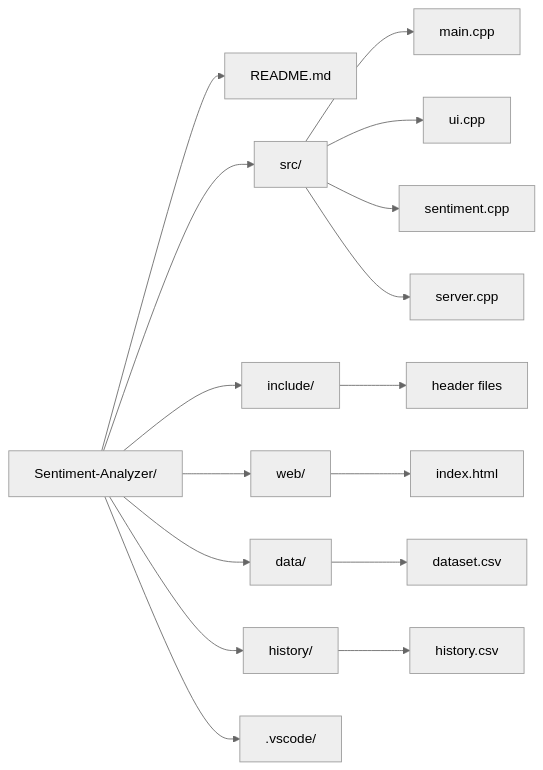
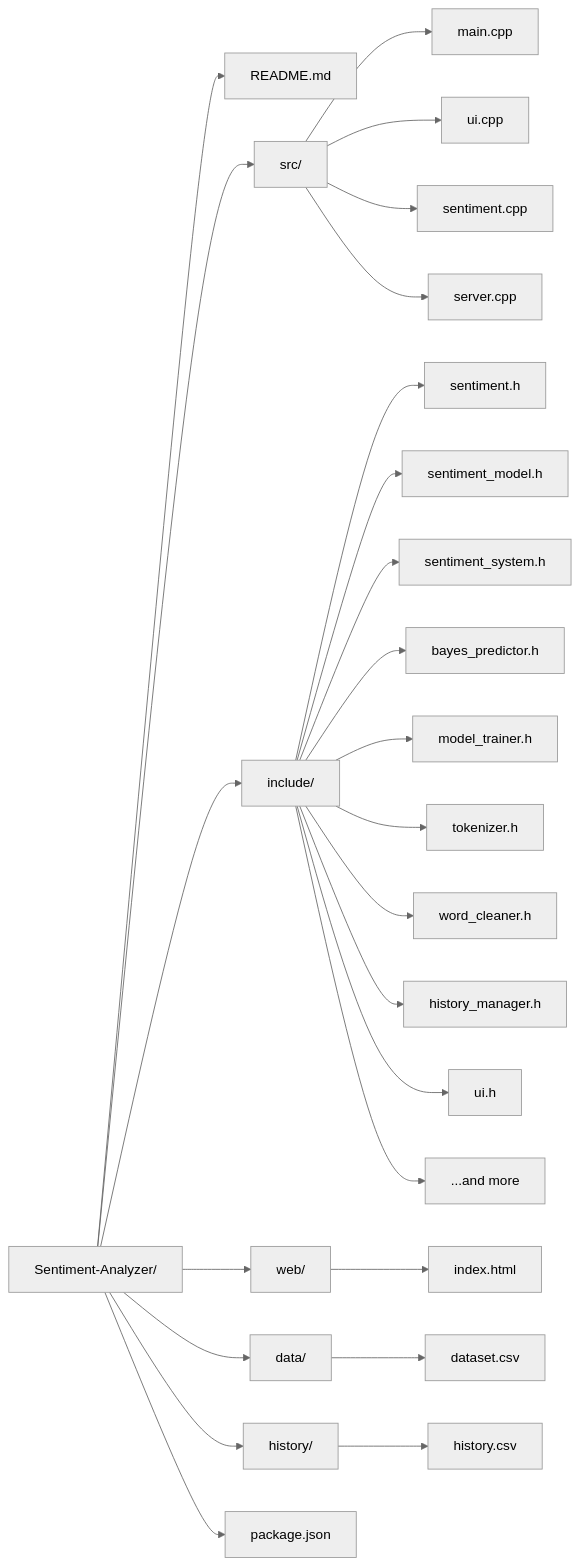
The diagram in README.md (awsmlk/sentiment-analyzer), drawn with Mermaid (neutral theme) before and after one commit. The commit also changed other lines of this file, not shown here.

````diff
--- a/README.md
+++ b/README.md
@@ -66,23 +95,32 @@
 ```mermaid
 graph LR
     A[Sentiment-Analyzer/] --> A1[README.md]
     A --> A2[src/]
     A2 --> A21[main.cpp]
     A2 --> A22[ui.cpp]
     A2 --> A23[sentiment.cpp]
     A2 --> A24[server.cpp]
 
     A --> A3[include/]
-    A3 --> A31[header files]
+    A3 --> A31[sentiment.h]
+    A3 --> A32[sentiment_model.h]
+    A3 --> A33[sentiment_system.h]
+    A3 --> A34[bayes_predictor.h]
+    A3 --> A35[model_trainer.h]
+    A3 --> A36[tokenizer.h]
+    A3 --> A37[word_cleaner.h]
+    A3 --> A38[history_manager.h]
+    A3 --> A39[ui.h]
+    A3 --> A310[...and more]
 
     A --> A4[web/]
     A4 --> A41[index.html]
 
     A --> B[data/]
     B --> B1[dataset.csv]
 
     A --> C[history/]
     C --> C1[history.csv]
 
-    A --> D[.vscode/]
+    A --> D[package.json]
 ```
````
